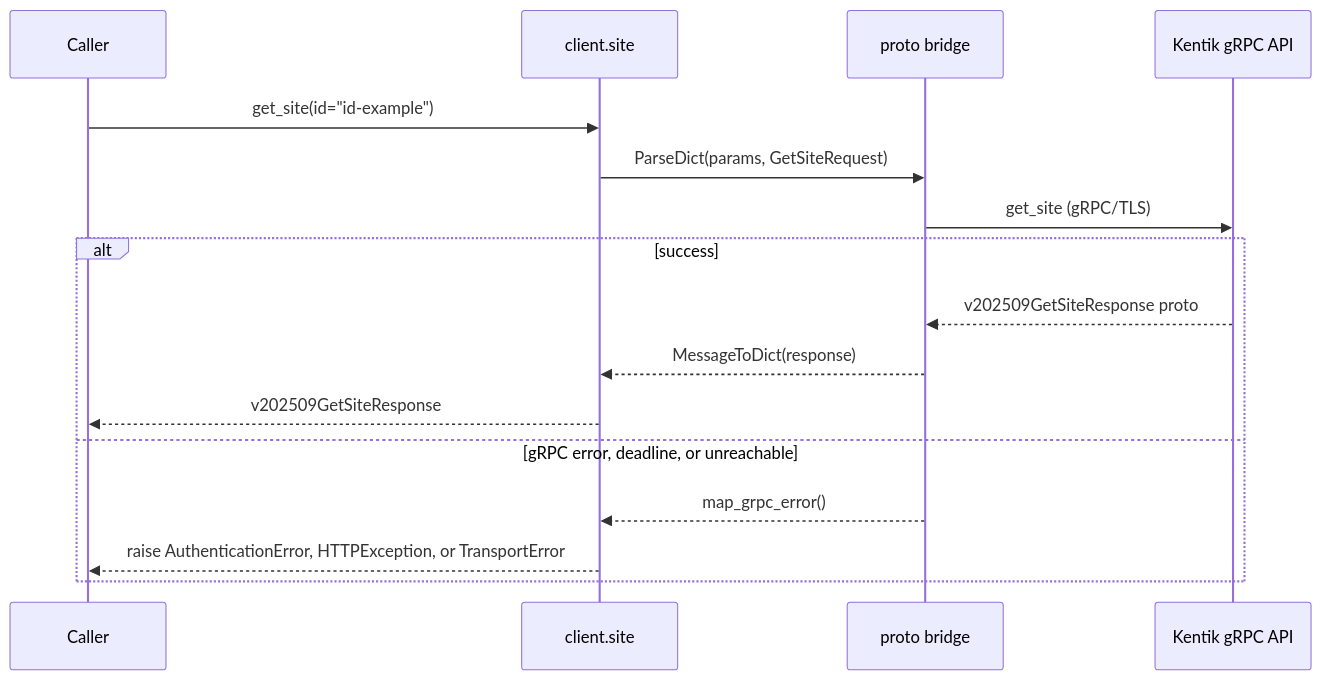
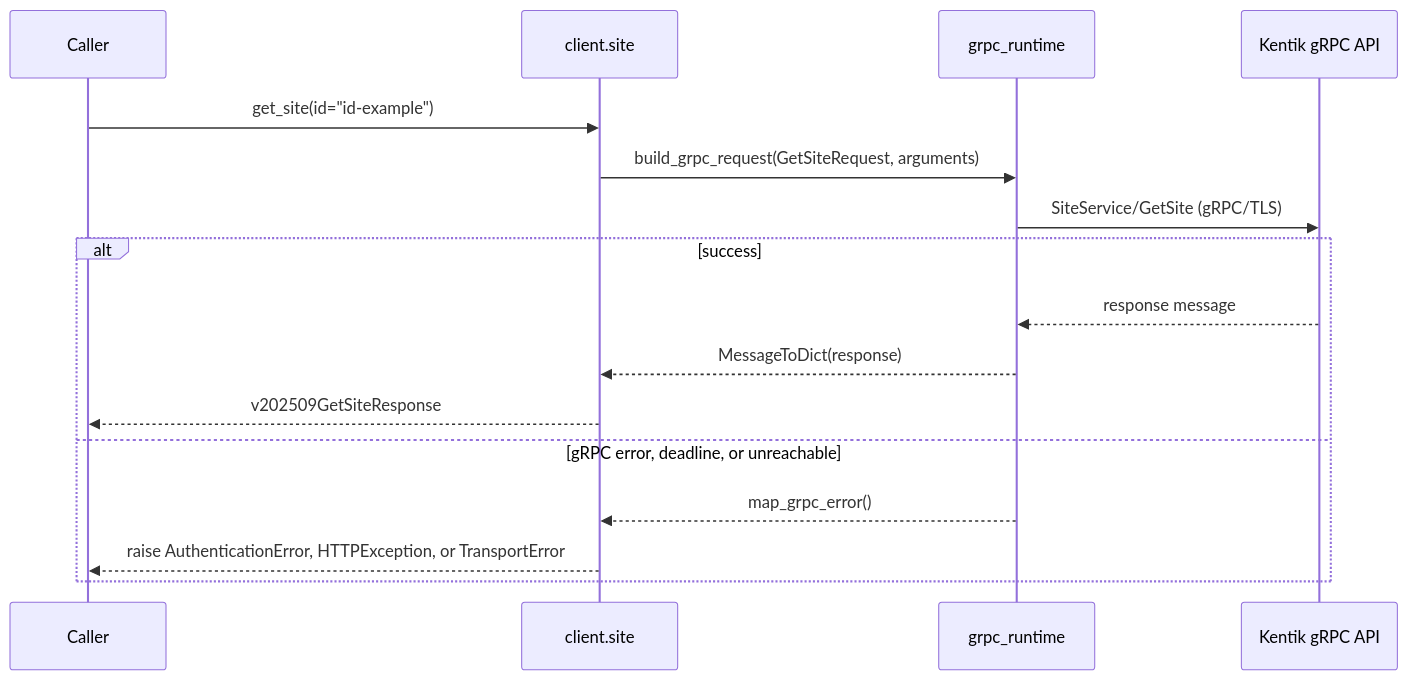
One commit to alexdearaujo/community_sdk_python changed diagram 17 of 22 in docs/sphinx/services/site.md. Above: the diagram before and after it, drawn with Mermaid. The commit also changed other lines of this file and 37 other files, not shown here.

First line of the commit message:
docs: show the real RPC in each service page's gRPC diagram

````diff
--- a/docs/sphinx/services/site.md
+++ b/docs/sphinx/services/site.md
@@ -577,19 +577,19 @@
 ```mermaid
 sequenceDiagram
     participant C as Caller
     participant W as client.site
-    participant B as proto bridge
+    participant R as grpc_runtime
     participant API as Kentik gRPC API
 
     C->>W: get_site(id="id-example")
-    W->>B: ParseDict(params, GetSiteRequest)
-    B->>API: get_site (gRPC/TLS)
+    W->>R: build_grpc_request(GetSiteRequest, arguments)
+    R->>API: SiteService/GetSite (gRPC/TLS)
     alt success
-        API-->>B: v202509GetSiteResponse proto
-        B-->>W: MessageToDict(response)
+        API-->>R: response message
+        R-->>W: MessageToDict(response)
         W-->>C: v202509GetSiteResponse
     else gRPC error, deadline, or unreachable
-        B-->>W: map_grpc_error()
+        R-->>W: map_grpc_error()
         W-->>C: raise AuthenticationError, HTTPException, or TransportError
     end
 ```
````
